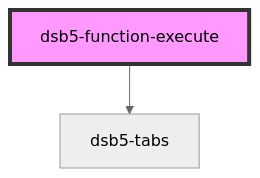
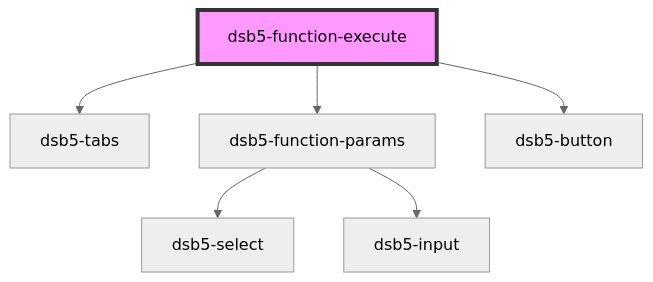
The diagram in bootstrap5_stencil/src/components/dsb5-function-execute/readme.md (xinFengQi/ds), drawn with Mermaid (neutral theme) before and after one commit. The commit also changed other lines of this file and 13 other files, not shown here.

````diff
--- a/bootstrap5_stencil/src/components/dsb5-function-execute/readme.md
+++ b/bootstrap5_stencil/src/components/dsb5-function-execute/readme.md
@@ -56,5 +57,9 @@
 ```mermaid
 graph TD;
   dsb5-function-execute --> dsb5-tabs
+  dsb5-function-execute --> dsb5-function-params
+  dsb5-function-execute --> dsb5-button
+  dsb5-function-params --> dsb5-select
+  dsb5-function-params --> dsb5-input
   style dsb5-function-execute fill:#f9f,stroke:#333,stroke-width:4px
 ```
````
